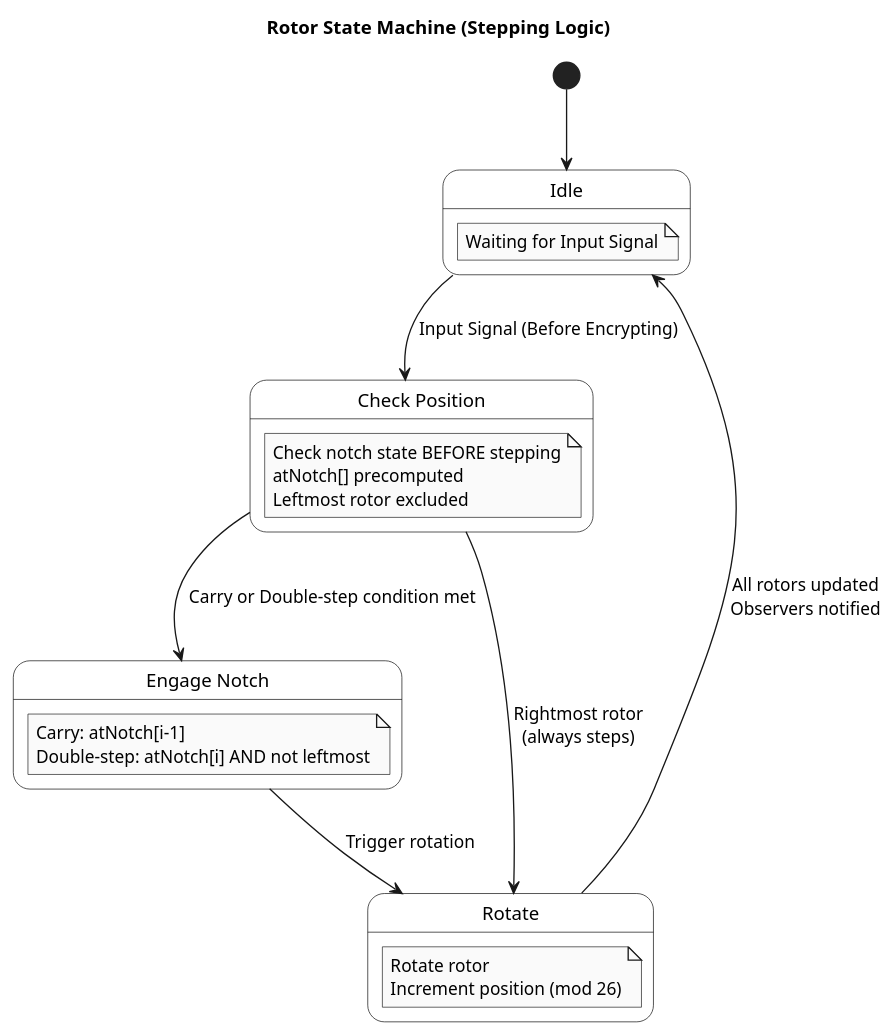
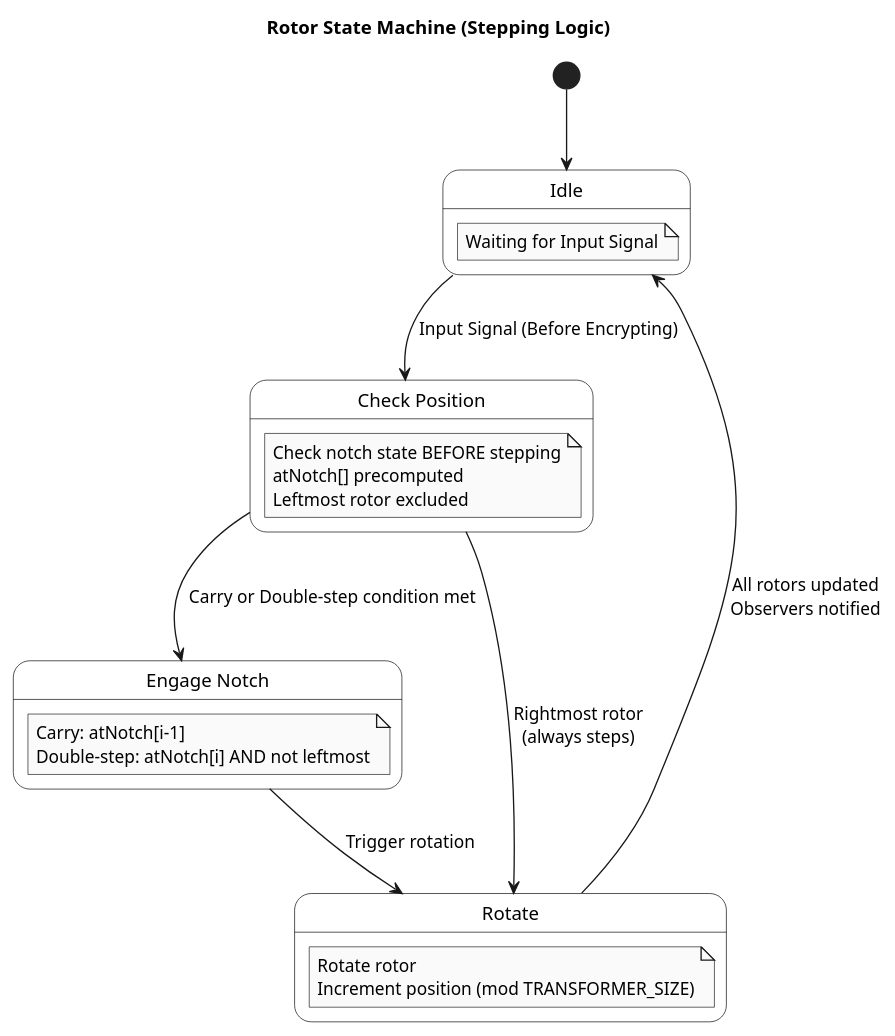
One commit to alvarocleite/EnigmaMachineCore changed the diagram in docs/diagrams/rotor_state_machine.puml. Above: the diagram before and after it, drawn with PlantUML. The commit also changed 11 other files, not shown here.

```diff
--- a/docs/diagrams/rotor_state_machine.puml
+++ b/docs/diagrams/rotor_state_machine.puml
@@ -1,37 +1,37 @@
 @startuml Enigma_Rotor_State_Machine
 
 skinparam monochrome true
 skinparam state {
     BackgroundColor White
     BorderColor Black
 }
 
 title Rotor State Machine (Stepping Logic)
 
 [*] --> Idle
 
 state Idle {
     note "Waiting for Input Signal" as N1
 }
 
 state "Check Position" as CheckPos {
     note "Check notch state BEFORE stepping\natNotch[] precomputed\nLeftmost rotor excluded" as N2
 }
 
 state "Engage Notch" as Notch {
     note "Carry: atNotch[i-1]\nDouble-step: atNotch[i] AND not leftmost" as N3
 }
 
 state "Rotate" as Rotate {
-    note "Rotate rotor\nIncrement position (mod 26)" as N4
+    note "Rotate rotor\nIncrement position (mod TRANSFORMER_SIZE)" as N4
 }
 
 Idle --> CheckPos : Input Signal (Before Encrypting)
 
 CheckPos --> Rotate : Rightmost rotor\n(always steps)
 CheckPos --> Notch : Carry or Double-step condition met
 
 Notch --> Rotate : Trigger rotation
 Rotate --> Idle : All rotors updated\nObservers notified
 
 @enduml
```
